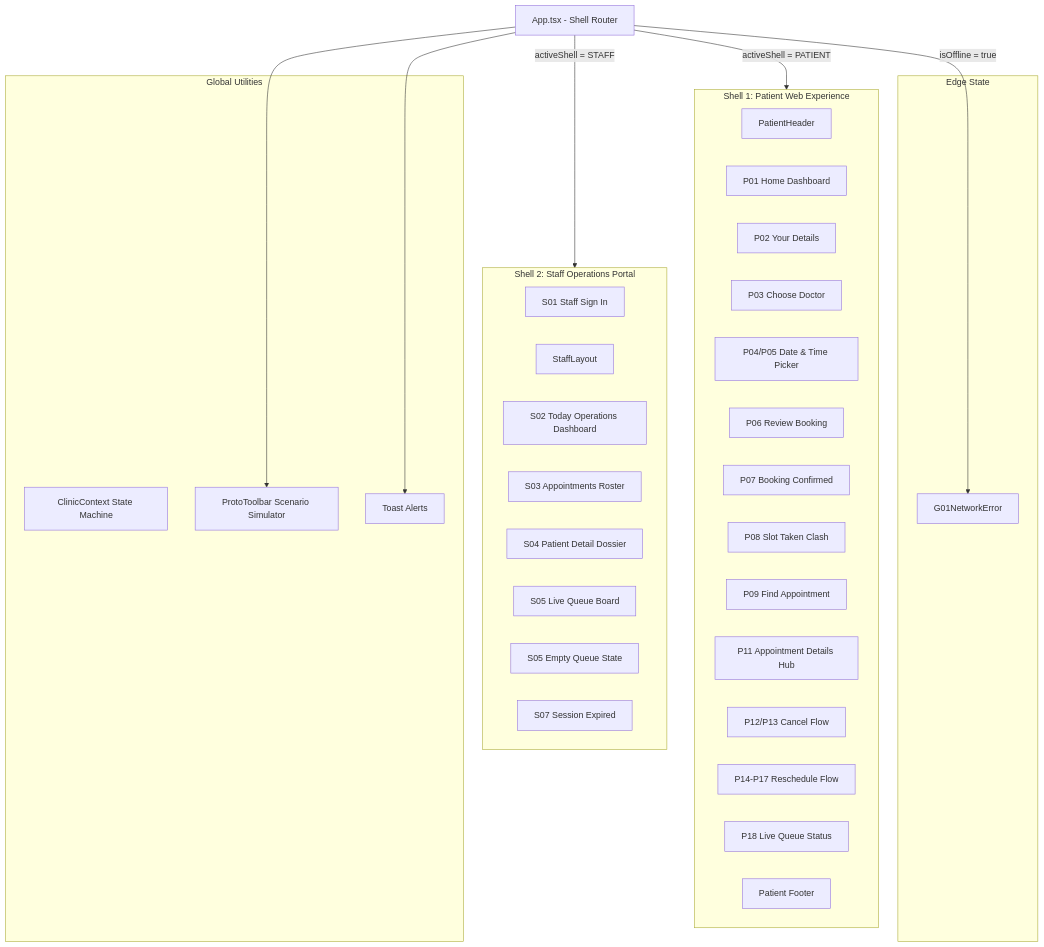
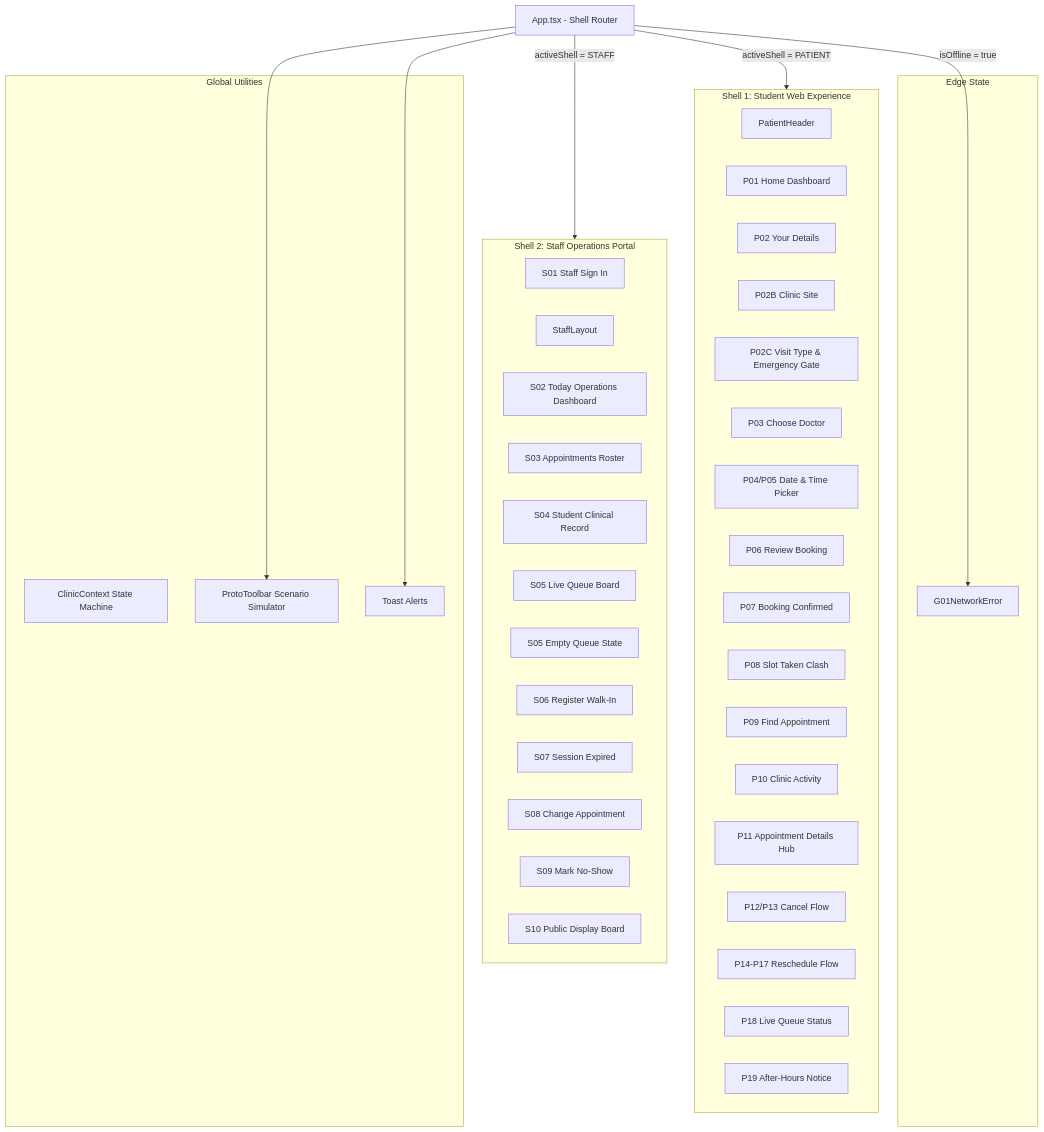
Before and after one commit to GeekKwame/yencare-platform: the diagram in ui/docs/ARCHITECTURE.md, drawn with Mermaid. The commit also changed other lines of this file and 20 other files, not shown here.

````diff
--- a/ui/docs/ARCHITECTURE.md
+++ b/ui/docs/ARCHITECTURE.md
@@ -18,48 +19,55 @@
 ```mermaid
 graph TD
     App[App.tsx - Shell Router]
     
     subgraph EdgeState [Edge State]
         G01[G01NetworkError]
     end
     
-    subgraph PatientShell [Shell 1: Patient Web Experience]
+    subgraph PatientShell [Shell 1: Student Web Experience]
         PHeader[PatientHeader]
         P01[P01 Home Dashboard]
         P02[P02 Your Details]
+        P02B[P02B Clinic Site]
+        P02C[P02C Visit Type & Emergency Gate]
         P03[P03 Choose Doctor]
         P0405[P04/P05 Date & Time Picker]
         P06[P06 Review Booking]
         P07[P07 Booking Confirmed]
         P08[P08 Slot Taken Clash]
         P09[P09 Find Appointment]
+        P10[P10 Clinic Activity]
         P11[P11 Appointment Details Hub]
         P1213[P12/P13 Cancel Flow]
         P1417[P14-P17 Reschedule Flow]
         P18[P18 Live Queue Status]
-        PFooter[Patient Footer]
+        P19[P19 After-Hours Notice]
     end
     
     subgraph StaffShell [Shell 2: Staff Operations Portal]
         S01[S01 Staff Sign In]
         SLayout[StaffLayout]
         S02[S02 Today Operations Dashboard]
         S03[S03 Appointments Roster]
-        S04[S04 Patient Detail Dossier]
+        S04[S04 Student Clinical Record]
         S05[S05 Live Queue Board]
         S05E[S05 Empty Queue State]
+        S06[S06 Register Walk-In]
         S07[S07 Session Expired]
+        S08[S08 Change Appointment]
+        S09[S09 Mark No-Show]
+        S10[S10 Public Display Board]
     end
     
     subgraph GlobalUtilities [Global Utilities]
         Context[ClinicContext State Machine]
         Toolbar[ProtoToolbar Scenario Simulator]
         Toast[Toast Alerts]
     end
 
     App -->|isOffline = true| G01
     App -->|activeShell = PATIENT| PatientShell
     App -->|activeShell = STAFF| StaffShell
     App --> Toolbar
     App --> Toast
 ```
````
